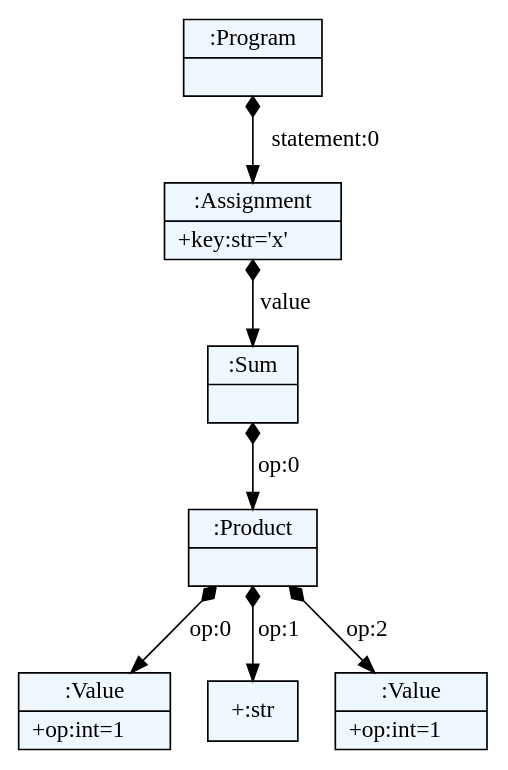
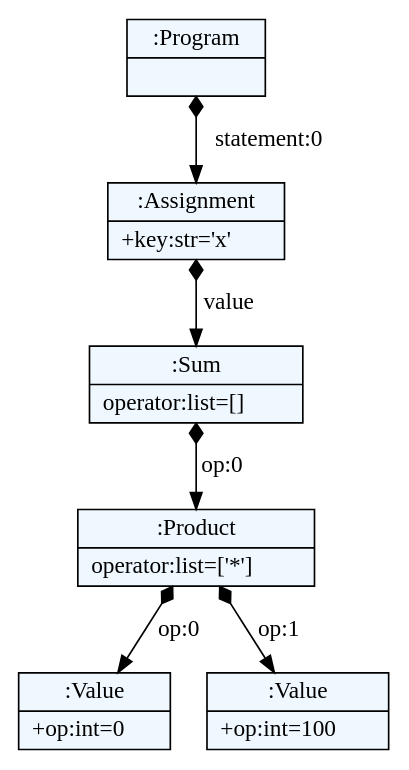
Before and after one commit to robinjack/dsl_for_data_analysis: the diagram in examples/test_ae.dot, drawn with Graphviz. The commit also changed 17 other files, not shown here.

```diff
--- a/examples/test_ae.dot
+++ b/examples/test_ae.dot
@@ -1,27 +1,26 @@
 
     digraph textX {
     fontname = "Bitstream Vera Sans"
     fontsize = 8
     node[
         shape=record,
         style=filled,
         fillcolor=aliceblue
     ]
     nodesep = 0.3
     edge[dir=black,arrowtail=empty]
 
 
-4514568144 -> 4514566288 [label="statement:0" arrowtail=diamond dir=both]
-4514566288 -> 4514568464 [label="value" arrowtail=diamond dir=both]
-4514568464 -> 4514567632 [label="op:0" arrowtail=diamond dir=both]
-4514567632 -> 4514569808 [label="op:0" arrowtail=diamond dir=both]
-4514569808[label="{:Value|+op:int=1\l}"]
-4514567632 -> "+:str" [label="op:1" arrowtail=diamond dir=both]
-4514567632 -> 4514567952 [label="op:2" arrowtail=diamond dir=both]
-4514567952[label="{:Value|+op:int=1\l}"]
-4514567632[label="{:Product|}"]
-4514568464[label="{:Sum|}"]
-4514566288[label="{:Assignment|+key:str='x'\l}"]
-4514568144[label="{:Program|}"]
+4731220432 -> 4731220688 [label="statement:0" arrowtail=diamond dir=both]
+4731220688 -> 4731220880 [label="value" arrowtail=diamond dir=both]
+4731220880 -> 4731221008 [label="op:0" arrowtail=diamond dir=both]
+4731221008 -> 4731221200 [label="op:0" arrowtail=diamond dir=both]
+4731221200[label="{:Value|+op:int=0\l}"]
+4731221008 -> 4731221392 [label="op:1" arrowtail=diamond dir=both]
+4731221392[label="{:Value|+op:int=100\l}"]
+4731221008[label="{:Product|operator:list=['*']\l}"]
+4731220880[label="{:Sum|operator:list=[]\l}"]
+4731220688[label="{:Assignment|+key:str='x'\l}"]
+4731220432[label="{:Program|}"]
 
 }
```
